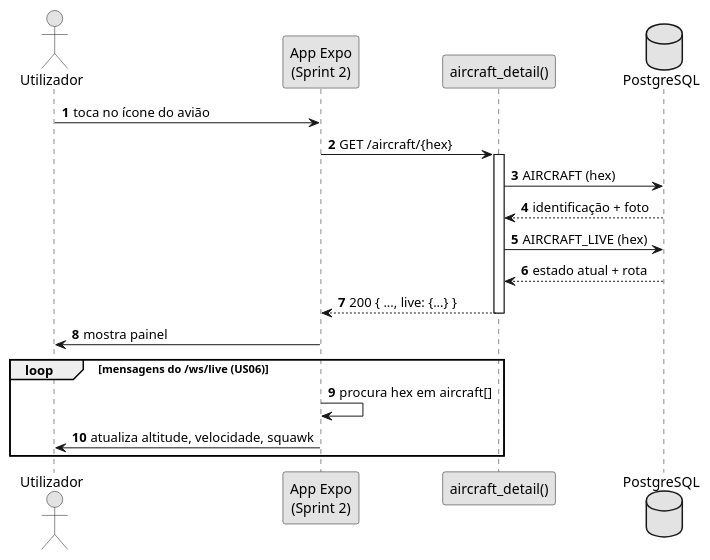
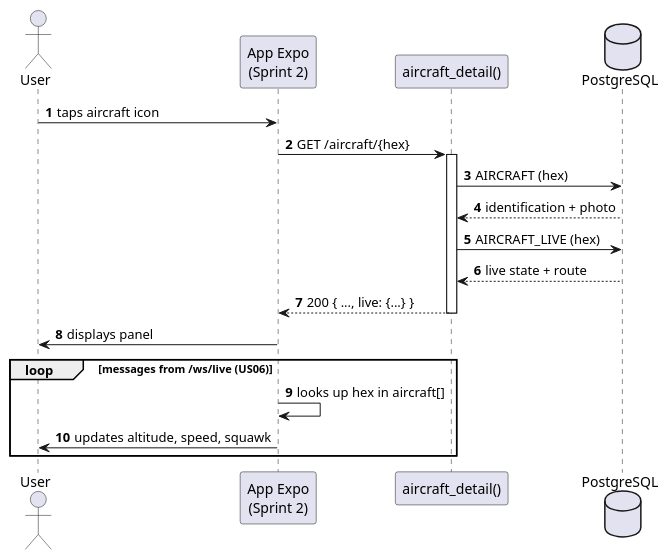
One commit to miguelsiilva1/SkyTracer changed the diagram in docs/system-documentation/use-cases/US07/puml/sd_us07.puml. Above: the diagram before and after it, drawn with PlantUML. The commit also changed 42 other files, not shown here.

```diff
--- a/docs/system-documentation/use-cases/US07/puml/sd_us07.puml
+++ b/docs/system-documentation/use-cases/US07/puml/sd_us07.puml
@@ -1,23 +1,22 @@
 @startuml
 autonumber
-skinparam monochrome true
-actor "Utilizador" as U
+actor "User" as U
 participant "App Expo\n(Sprint 2)" as App
 participant "aircraft_detail()" as API
 database "PostgreSQL" as DB
 
-U -> App : toca no ícone do avião
+U -> App : taps aircraft icon
 App -> API : GET /aircraft/{hex}
 activate API
 API -> DB : AIRCRAFT (hex)
-DB --> API : identificação + foto
+DB --> API : identification + photo
 API -> DB : AIRCRAFT_LIVE (hex)
-DB --> API : estado atual + rota
+DB --> API : live state + route
 API --> App : 200 { ..., live: {...} }
 deactivate API
-App -> U : mostra painel
-loop mensagens do /ws/live (US06)
-  App -> App : procura hex em aircraft[]
-  App -> U : atualiza altitude, velocidade, squawk
+App -> U : displays panel
+loop messages from /ws/live (US06)
+  App -> App : looks up hex in aircraft[]
+  App -> U : updates altitude, speed, squawk
 end
 @enduml
```
